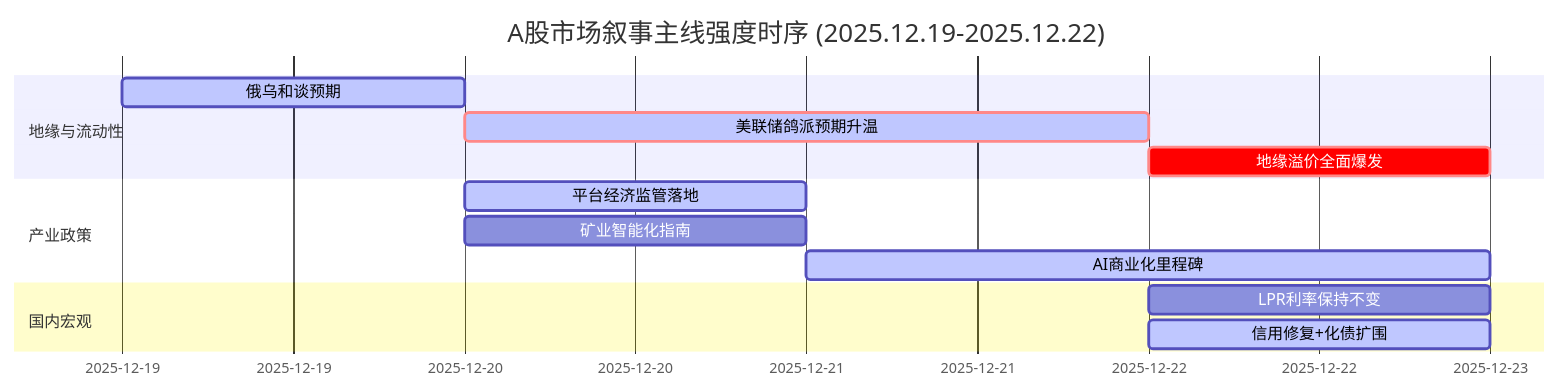
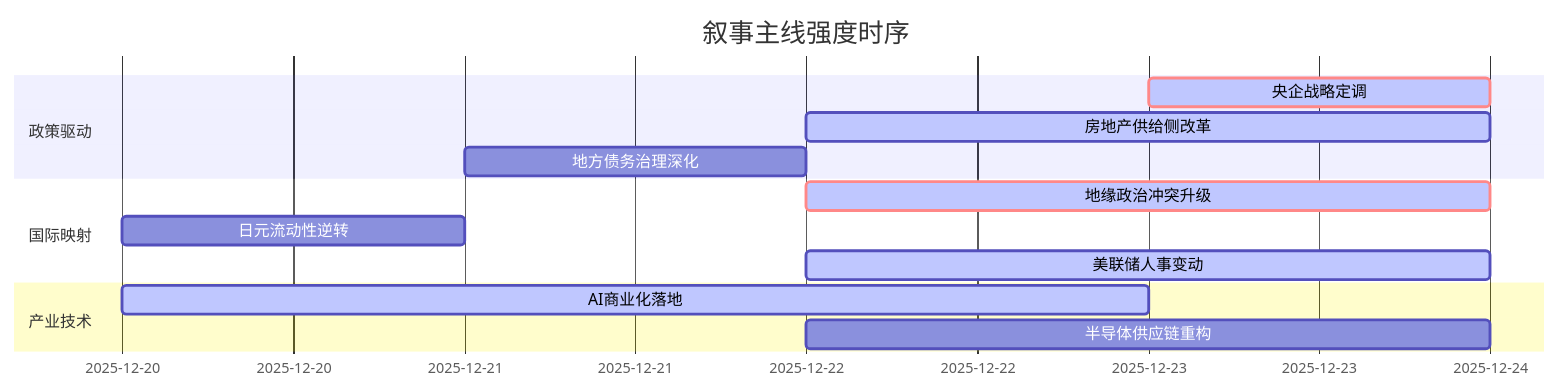
Before and after one commit to uu5zn/uu5zn.github.io: the diagram in README.md, drawn with Mermaid. The commit also changed other lines of this file and 18 other files, not shown here.

````diff
--- a/README.md
+++ b/README.md
@@ -71,18 +65,18 @@
 ```mermaid
 gantt
-    title A股市场叙事主线强度时序 (2025.12.19-2025.12.22)
+    title 叙事主线强度时序
     dateFormat  YYYY-MM-DD
-    section 地缘与流动性
-    俄乌和谈预期           :active, 2025-12-19, 1d
-    美联储鸽派预期升温     :crit, active, 2025-12-20, 2d
-    地缘溢价全面爆发       :crit, 2025-12-22, 1d
+    section 政策驱动
+    央企战略定调   :crit, active, 2025-12-23, 1d
+    房地产供给侧改革 :active, 2025-12-22, 2d
+    地方债务治理深化 :2025-12-21, 1d
     
-    section 产业政策
-    平台经济监管落地       :active, 2025-12-20, 1d
-    矿业智能化指南         :2025-12-20, 1d
-    AI商业化里程碑         :active, 2025-12-21, 2d
+    section 国际映射
+    地缘政治冲突升级 :crit, active, 2025-12-22, 2d
+    日元流动性逆转 :2025-12-20, 1d
+    美联储人事变动 :active, 2025-12-22, 2d
     
-    section 国内宏观
-    LPR利率保持不变        :2025-12-22, 1d
-    信用修复+化债扩围      :active, 2025-12-22, 1d
+    section 产业技术
+    AI商业化落地 :active, 2025-12-20, 3d
+    半导体供应链重构 :2025-12-22, 2d
 ```
````
